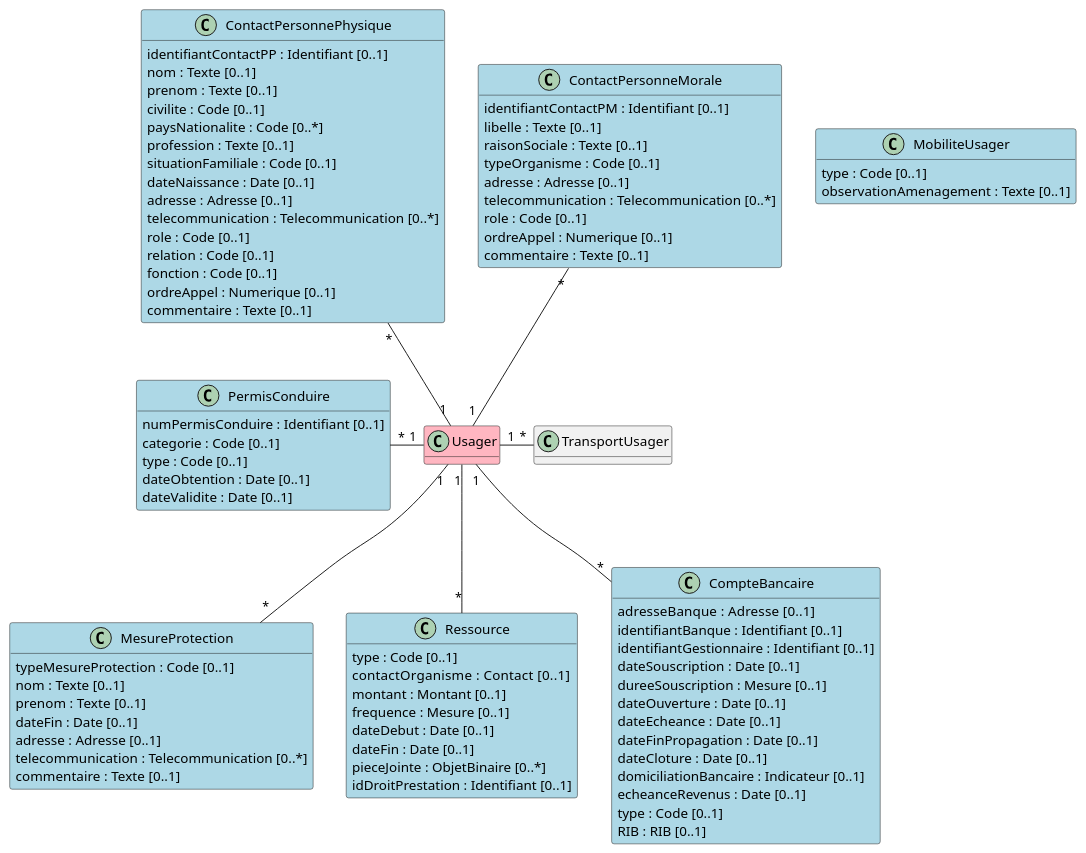
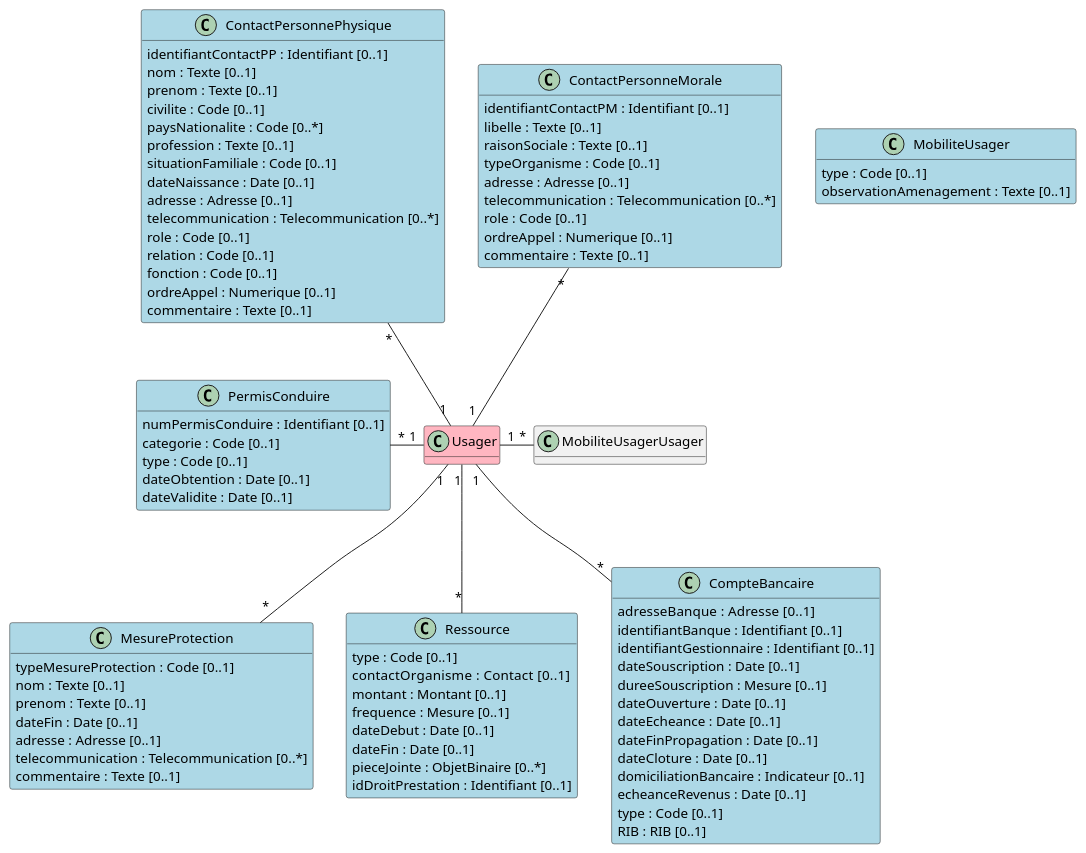
The diagram in input/images-source/bloc_environnement_ressources.plantuml (ansforge/IG-fhir-medicosocial-transfert-donnees-dui), drawn with PlantUML before and after one commit.

```diff
--- a/input/images-source/bloc_environnement_ressources.plantuml
+++ b/input/images-source/bloc_environnement_ressources.plantuml
@@ -1,95 +1,95 @@
 @startuml
 
 hide empty methods
 
 class Usager #LightPink
 
 class ContactPersonnePhysique #LightBlue {
     identifiantContactPP : Identifiant [0..1]
     nom : Texte [0..1]
     prenom : Texte [0..1]
     civilite : Code [0..1]
     paysNationalite : Code [0..*]
     profession : Texte [0..1]
     situationFamiliale : Code [0..1]
     dateNaissance : Date [0..1]
     adresse : Adresse [0..1]
     telecommunication : Telecommunication [0..*]
     role : Code [0..1]
     relation : Code [0..1]
     fonction : Code [0..1]
     ordreAppel : Numerique [0..1]
     commentaire : Texte [0..1]
 }
 
 class ContactPersonneMorale #LightBlue {
     identifiantContactPM : Identifiant [0..1]
     libelle : Texte [0..1]
     raisonSociale : Texte [0..1]
     typeOrganisme : Code [0..1]
     adresse : Adresse [0..1]
     telecommunication : Telecommunication [0..*]
     role : Code [0..1]
     ordreAppel : Numerique [0..1]
     commentaire : Texte [0..1]
 }
 
 class MesureProtection #LightBlue {
     typeMesureProtection : Code [0..1]
     nom : Texte [0..1]
     prenom : Texte [0..1]
     dateFin : Date [0..1]
     adresse : Adresse [0..1]
     telecommunication : Telecommunication [0..*]
     commentaire : Texte [0..1]
 }
 
 class MobiliteUsager #LightBlue {
     type : Code [0..1]
     observationAmenagement : Texte [0..1]
 }
 
 class PermisConduire #LightBlue {
     numPermisConduire : Identifiant [0..1]
     categorie : Code [0..1]
     type : Code [0..1]
     dateObtention : Date [0..1]
     dateValidite : Date [0..1]
 }
 
 class Ressource #LightBlue {
     type : Code [0..1]
     contactOrganisme :  Contact  [0..1]
     montant : Montant [0..1]
     frequence : Mesure [0..1]
     dateDebut : Date [0..1]
     dateFin : Date [0..1]
     pieceJointe : ObjetBinaire [0..*]
     idDroitPrestation : Identifiant [0..1]
 }
 
 class CompteBancaire #LightBlue {
     adresseBanque :  Adresse [0..1]
     identifiantBanque : Identifiant [0..1]
     identifiantGestionnaire : Identifiant [0..1]
     dateSouscription : Date [0..1]
     dureeSouscription : Mesure [0..1]
     dateOuverture : Date [0..1]
     dateEcheance : Date [0..1]
     dateFinPropagation : Date [0..1]
     dateCloture : Date [0..1]
     domiciliationBancaire : Indicateur [0..1]
     echeanceRevenus : Date [0..1]
     type : Code [0..1]
     RIB : RIB [0..1]
 }
 
 ContactPersonnePhysique "*" -- "1" Usager
 ContactPersonneMorale "*" -- "1" Usager 
 PermisConduire "*" - "1" Usager 
-Usager"1" - "*" TransportUsager 
+Usager"1" - "*" MobiliteUsagerUsager 
 Usager "1" -- "*" MesureProtection
 Usager "1" -- "*" CompteBancaire
 Usager "1" -- "*" Ressource
 
 @enduml
```
